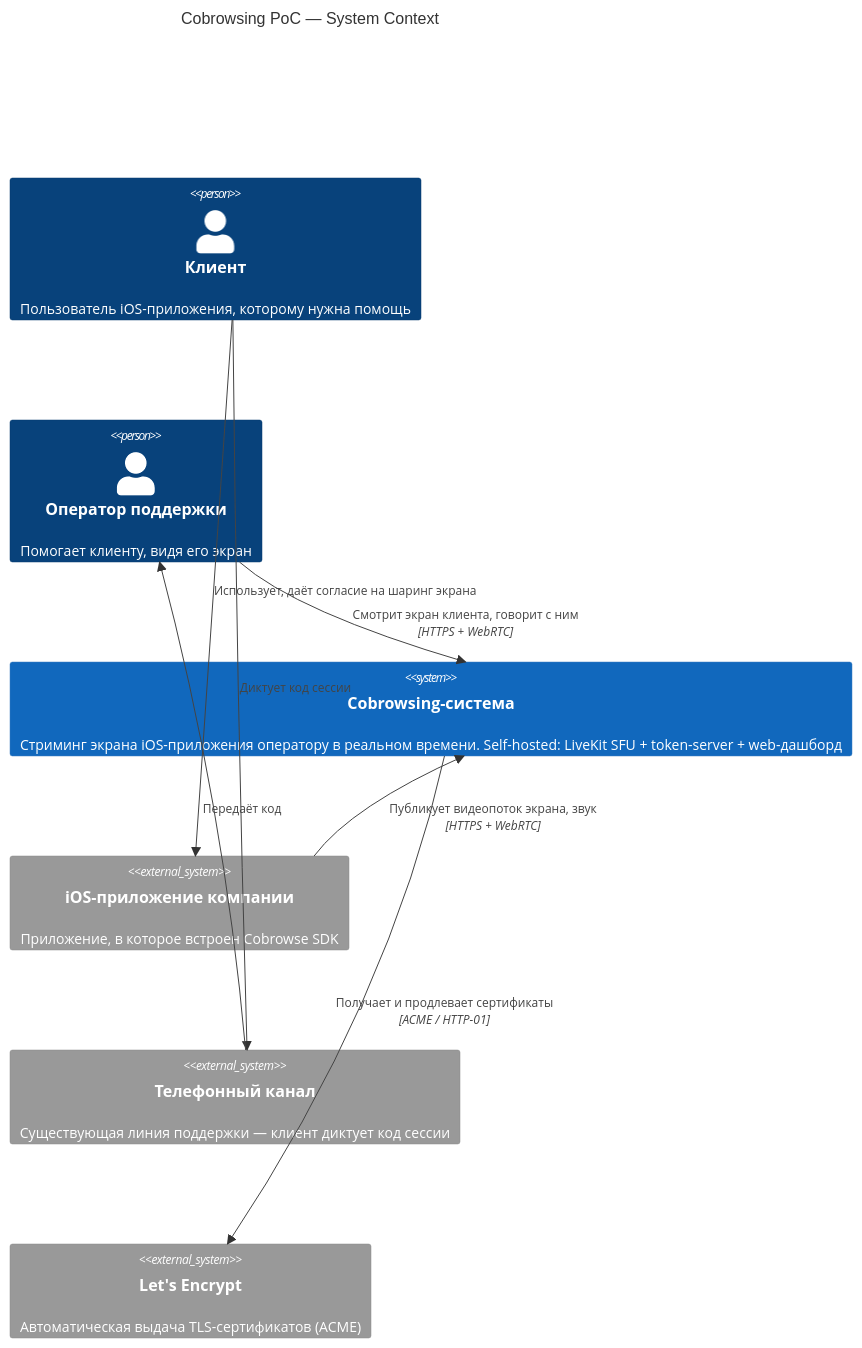
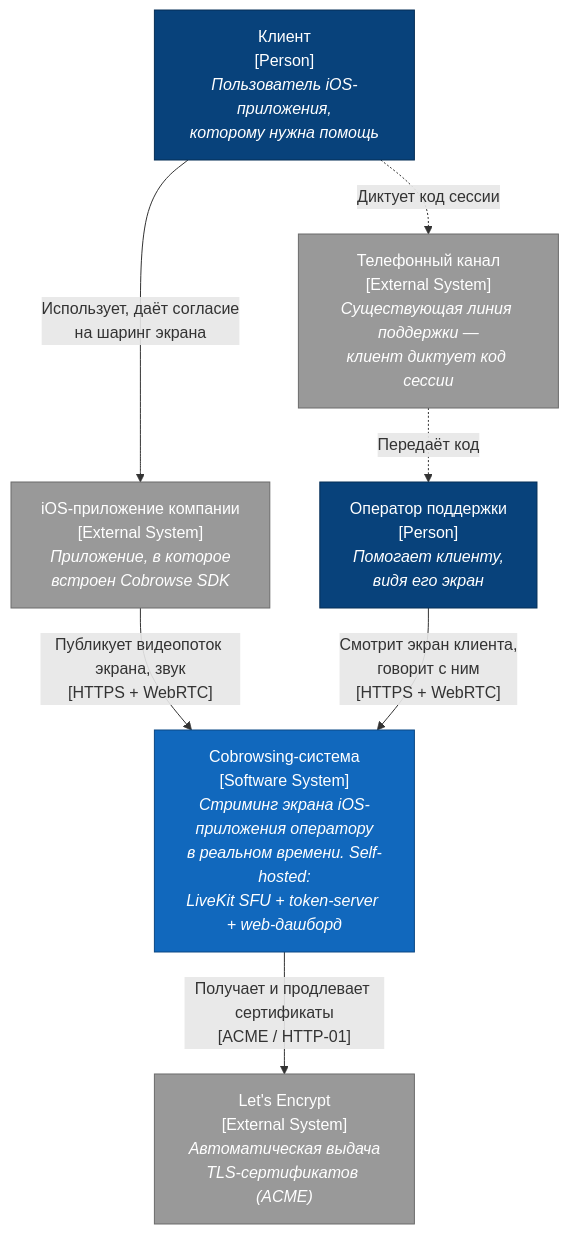
The first of 3 diagrams in docs/architecture.md (yudinko-cpu/cobrowsing-poc), drawn with Mermaid before and after one commit. The commit also changed other lines of this file and 1 other file, not shown here.

Commit message:
update charts

````diff
--- a/docs/architecture.md
+++ b/docs/architecture.md
@@ -38,22 +38,25 @@
 ```mermaid
-C4Context
-    title Cobrowsing PoC — System Context
+flowchart TB
+    customer["Клиент<br/>[Person]<br/><i>Пользователь iOS-приложения,<br/>которому нужна помощь</i>"]
+    agent["Оператор поддержки<br/>[Person]<br/><i>Помогает клиенту,<br/>видя его экран</i>"]
 
-    Person(customer, "Клиент", "Пользователь iOS-приложения, которому нужна помощь")
-    Person(agent, "Оператор поддержки", "Помогает клиенту, видя его экран")
+    cobrowse["Cobrowsing-система<br/>[Software System]<br/><i>Стриминг экрана iOS-приложения оператору<br/>в реальном времени. Self-hosted:<br/>LiveKit SFU + token-server + web-дашборд</i>"]
 
-    System(cobrowse, "Cobrowsing-система", "Стриминг экрана iOS-приложения оператору в реальном времени. Self-hosted: LiveKit SFU + token-server + web-дашборд")
+    hostapp["iOS-приложение компании<br/>[External System]<br/><i>Приложение, в которое<br/>встроен Cobrowse SDK</i>"]
+    phone["Телефонный канал<br/>[External System]<br/><i>Существующая линия поддержки —<br/>клиент диктует код сессии</i>"]
+    le["Let's Encrypt<br/>[External System]<br/><i>Автоматическая выдача<br/>TLS-сертификатов (ACME)</i>"]
 
-    System_Ext(hostapp, "iOS-приложение компании", "Приложение, в которое встроен Cobrowse SDK")
-    System_Ext(phone, "Телефонный канал", "Существующая линия поддержки — клиент диктует код сессии")
-    System_Ext(le, "Let's Encrypt", "Автоматическая выдача TLS-сертификатов (ACME)")
+    customer -- "Использует, даёт согласие<br/>на шаринг экрана" --> hostapp
+    hostapp -- "Публикует видеопоток экрана, звук<br/>[HTTPS + WebRTC]" --> cobrowse
+    agent -- "Смотрит экран клиента,<br/>говорит с ним<br/>[HTTPS + WebRTC]" --> cobrowse
+    customer -. "Диктует код сессии" .-> phone
+    phone -. "Передаёт код" .-> agent
+    cobrowse -- "Получает и продлевает сертификаты<br/>[ACME / HTTP-01]" --> le
 
-    Rel(customer, hostapp, "Использует, даёт согласие на шаринг экрана")
-    Rel(hostapp, cobrowse, "Публикует видеопоток экрана, звук", "HTTPS + WebRTC")
-    Rel(agent, cobrowse, "Смотрит экран клиента, говорит с ним", "HTTPS + WebRTC")
-    Rel(customer, phone, "Диктует код сессии")
-    Rel(phone, agent, "Передаёт код")
-    Rel(cobrowse, le, "Получает и продлевает сертификаты", "ACME / HTTP-01")
-
-    UpdateLayoutConfig($c4ShapeInRow="3", $c4BoundaryInRow="1")
+    classDef person fill:#08427b,stroke:#052e56,color:#fff
+    classDef system fill:#1168bd,stroke:#0b4884,color:#fff
+    classDef ext fill:#999999,stroke:#6b6b6b,color:#fff
+    class customer,agent person
+    class cobrowse system
+    class hostapp,phone,le ext
 ```
````
